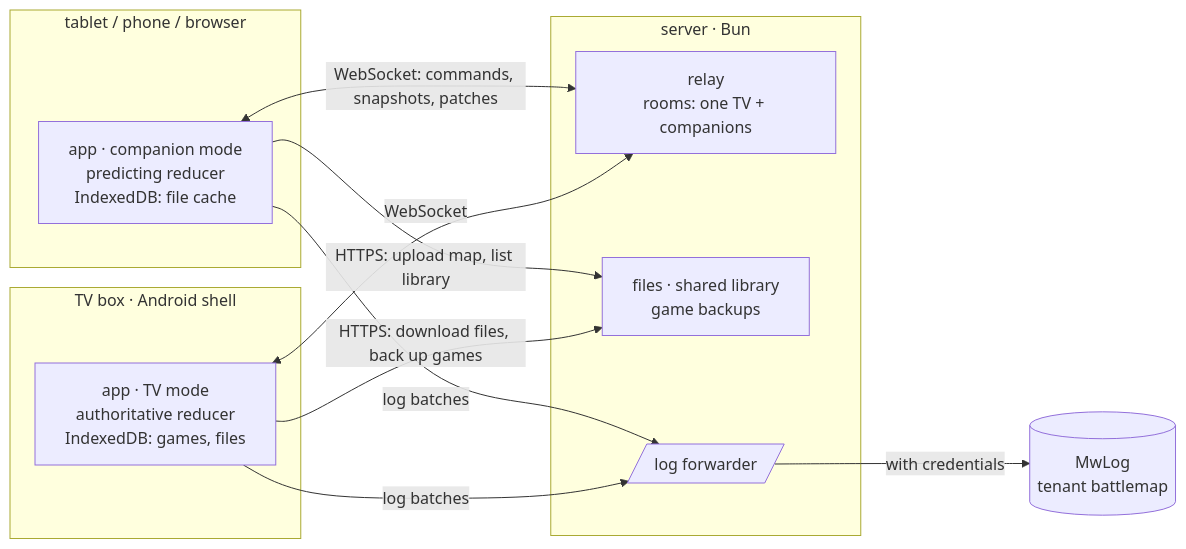
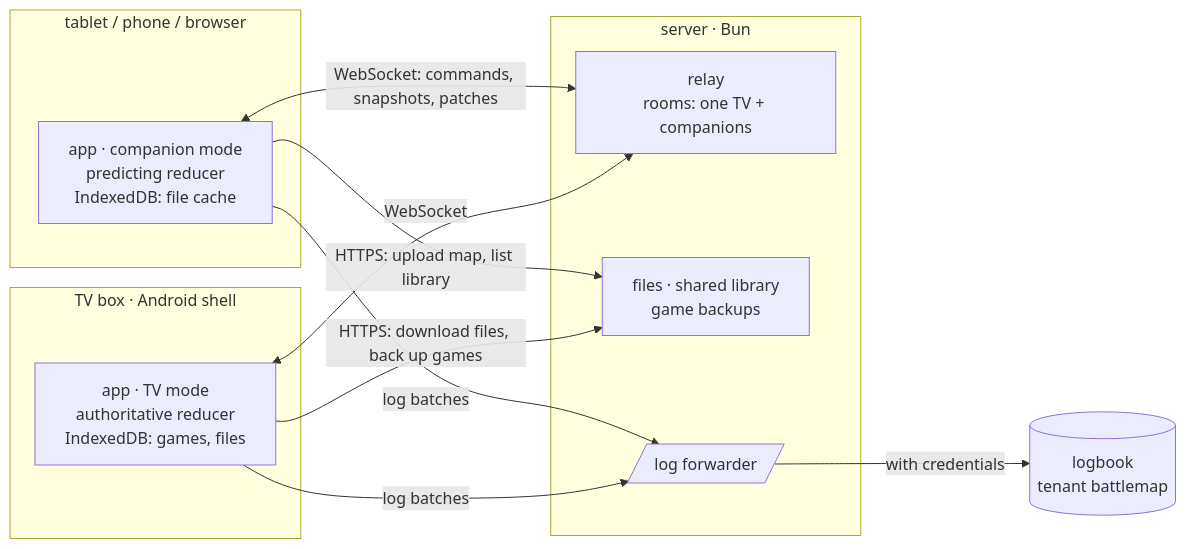
One commit to KasparOrange/battlemap changed the first of 4 diagrams in v2/docs/architecture.md. Above: the diagram before and after it, drawn with Mermaid. The commit also changed other lines of this file and 63 other files, not shown here.

````diff
--- a/v2/docs/architecture.md
+++ b/v2/docs/architecture.md
@@ -50,21 +50,21 @@
 ```mermaid
 flowchart LR
   subgraph TVbox[TV box · Android shell]
     TV[app · TV mode<br/>authoritative reducer<br/>IndexedDB: games, files]
   end
   subgraph Tablet[tablet / phone / browser]
     C[app · companion mode<br/>predicting reducer<br/>IndexedDB: file cache]
   end
   subgraph VPS[server · Bun]
     R[relay<br/>rooms: one TV + companions]
     F[files · shared library<br/>game backups]
     L[/log forwarder/]
   end
   C <-- WebSocket: commands, snapshots, patches --> R
   TV <-- WebSocket --> R
   C -- HTTPS: upload map, list library --> F
   TV -- HTTPS: download files, back up games --> F
   C -- log batches --> L
   TV -- log batches --> L
-  L -- with credentials --> M[(MwLog<br/>tenant battlemap)]
+  L -- with credentials --> M[(logbook<br/>tenant battlemap)]
 ```
````
